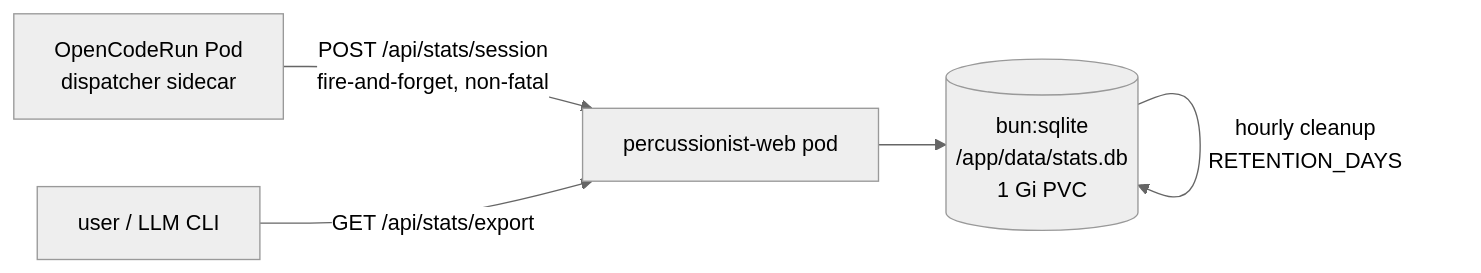
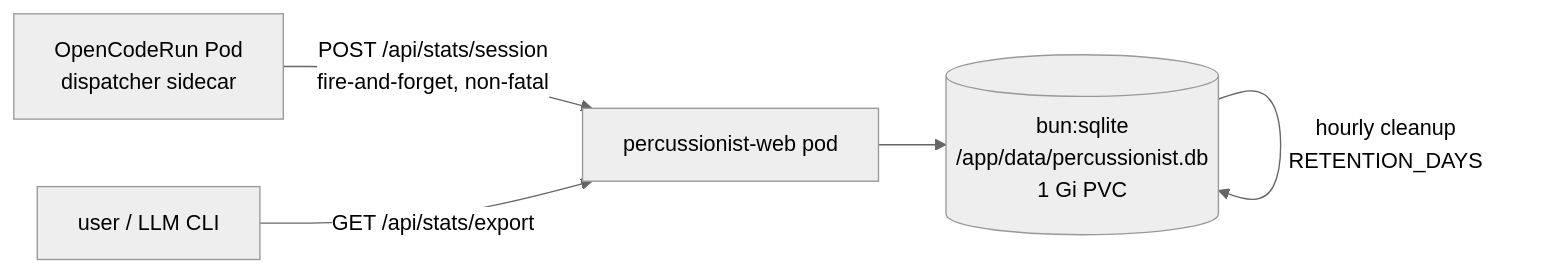
The sixth of 6 diagrams in README.md (erkkaha/percussionist), drawn with Mermaid (neutral theme) before and after one commit. The commit also changed other lines of this file and 29 other files, not shown here.

````diff
--- a/README.md
+++ b/README.md
@@ -406,9 +406,9 @@
 ```mermaid
 flowchart LR
     POD[OpenCodeRun Pod\ndispatcher sidecar]
     POD -->|POST /api/stats/session\nfire-and-forget, non-fatal| WEB[percussionist-web pod]
-    WEB --> DB[(bun:sqlite\n/app/data/stats.db\n1 Gi PVC)]
+    WEB --> DB[(bun:sqlite\n/app/data/percussionist.db\n1 Gi PVC)]
     DB -->|hourly cleanup\nRETENTION_DAYS| DB
     USER[user / LLM CLI]
     USER -->|GET /api/stats/export| WEB
 ```
````
